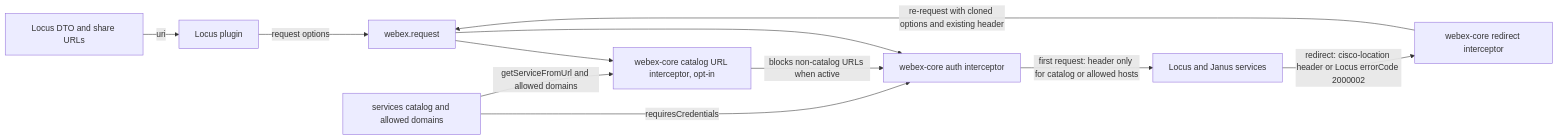
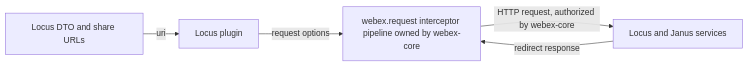
Before and after one commit to webex/webex-js-sdk: the second of 2 diagrams in packages/@webex/internal-plugin-locus/docs/architecture.md, drawn with Mermaid. The commit also changed other lines of this file and 2 other files, not shown here.

Commit message:
docs(internal-plugin-locus): scope webex-core security notes and add Corepack step (SPARK-853128)

````diff
--- a/packages/@webex/internal-plugin-locus/docs/architecture.md
+++ b/packages/@webex/internal-plugin-locus/docs/architecture.md
@@ -200,13 +200,7 @@
 ```mermaid
 flowchart LR
   dto[Locus DTO and share URLs] -->|uri| locus[Locus plugin]
-  locus -->|request options| request[webex.request]
-  catalog[services catalog and allowed domains] -->|requiresCredentials| auth[webex-core auth interceptor]
-  request --> catUrl[webex-core catalog URL interceptor, opt-in]
-  catalog -->|getServiceFromUrl and allowed domains| catUrl
-  catUrl -->|blocks non-catalog URLs when active| auth
-  request --> auth
-  auth -->|first request: header only for catalog or allowed hosts| svc[Locus and Janus services]
-  svc -->|redirect: cisco-location header or Locus errorCode 2000002| redirect[webex-core redirect interceptor]
-  redirect -->|re-request with cloned options and existing header| request
+  locus -->|request options| pipeline[webex.request interceptor pipeline owned by webex-core]
+  pipeline -->|HTTP request, authorized by webex-core| svc[Locus and Janus services]
+  svc -->|redirect response| pipeline
 ```
````
